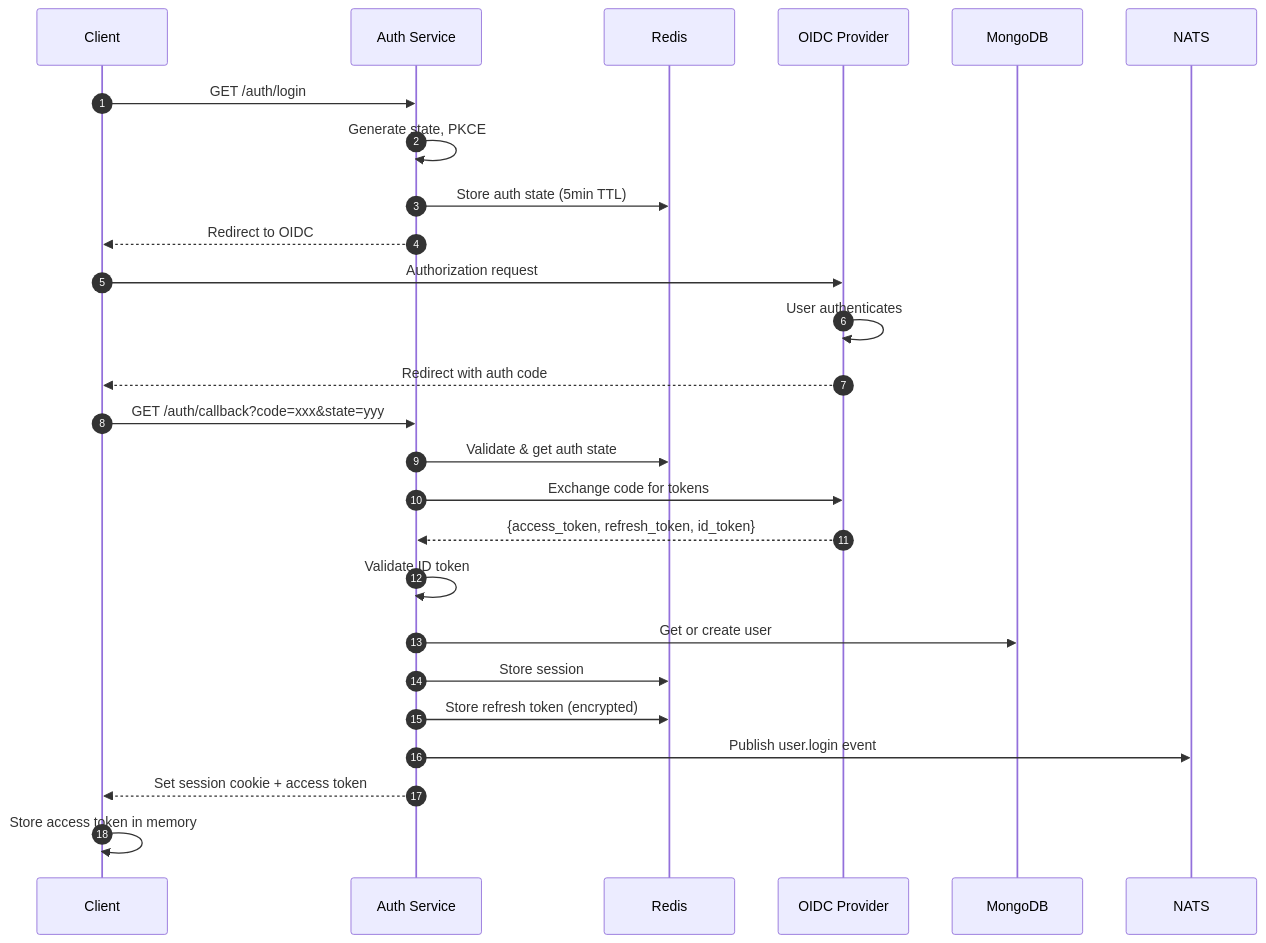
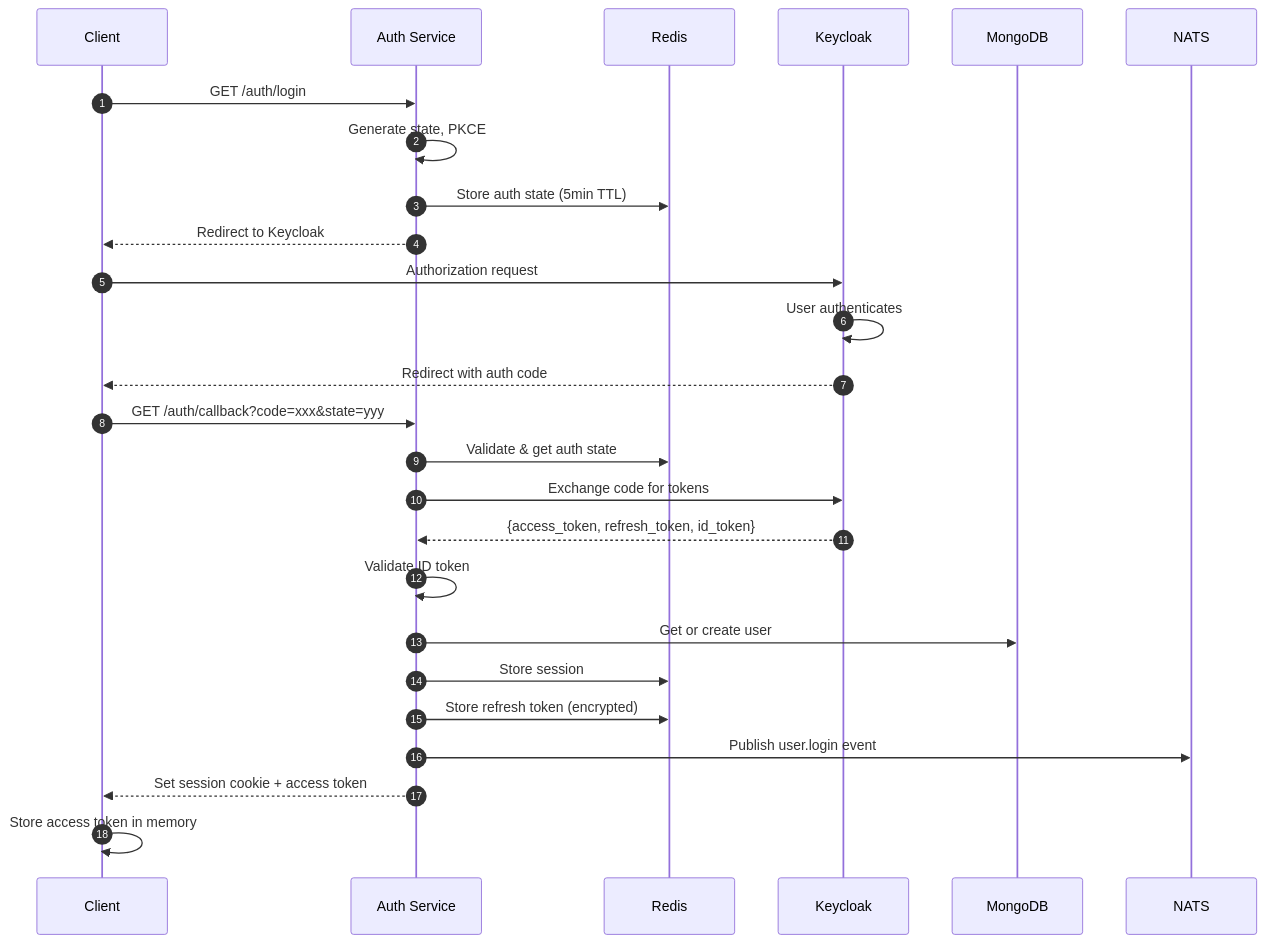
One commit to julianshen/chatconcept changed the first of 3 diagrams in docs/features/authentication.md. Above: the diagram before and after it, drawn with Mermaid. The commit also changed other lines of this file, not shown here.

First line of the commit message:
docs: narrow authentication to Keycloak-only integration

````diff
--- a/docs/features/authentication.md
+++ b/docs/features/authentication.md
@@ -1191,33 +1188,33 @@
 ```mermaid
 sequenceDiagram
     autonumber
     participant Client
     participant AuthSvc as Auth Service
     participant Redis
-    participant OIDC as OIDC Provider
+    participant Keycloak
     participant MongoDB
     participant NATS
 
     Client->>AuthSvc: GET /auth/login
     AuthSvc->>AuthSvc: Generate state, PKCE
     AuthSvc->>Redis: Store auth state (5min TTL)
-    AuthSvc-->>Client: Redirect to OIDC
+    AuthSvc-->>Client: Redirect to Keycloak
 
-    Client->>OIDC: Authorization request
-    OIDC->>OIDC: User authenticates
-    OIDC-->>Client: Redirect with auth code
+    Client->>Keycloak: Authorization request
+    Keycloak->>Keycloak: User authenticates
+    Keycloak-->>Client: Redirect with auth code
 
     Client->>AuthSvc: GET /auth/callback?code=xxx&state=yyy
     AuthSvc->>Redis: Validate & get auth state
-    AuthSvc->>OIDC: Exchange code for tokens
-    OIDC-->>AuthSvc: {access_token, refresh_token, id_token}
+    AuthSvc->>Keycloak: Exchange code for tokens
+    Keycloak-->>AuthSvc: {access_token, refresh_token, id_token}
 
     AuthSvc->>AuthSvc: Validate ID token
     AuthSvc->>MongoDB: Get or create user
     AuthSvc->>Redis: Store session
     AuthSvc->>Redis: Store refresh token (encrypted)
     AuthSvc->>NATS: Publish user.login event
 
     AuthSvc-->>Client: Set session cookie + access token
     Client->>Client: Store access token in memory
 ```
````
